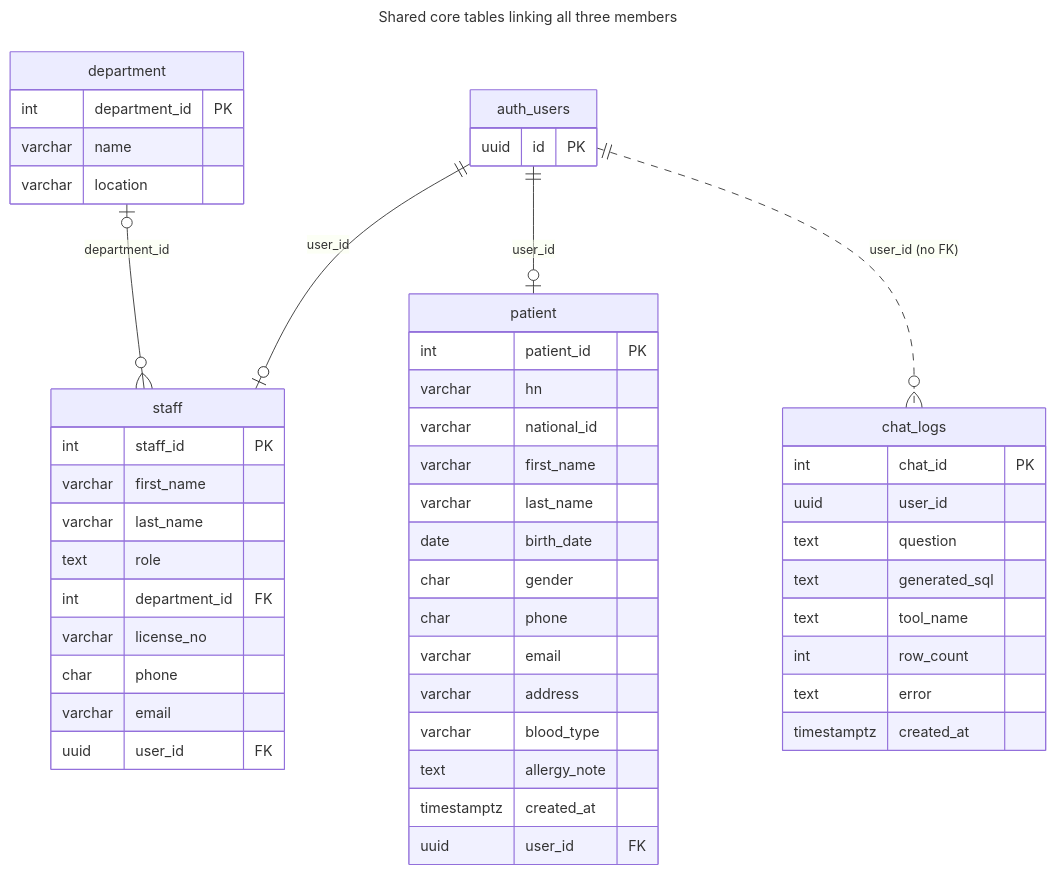
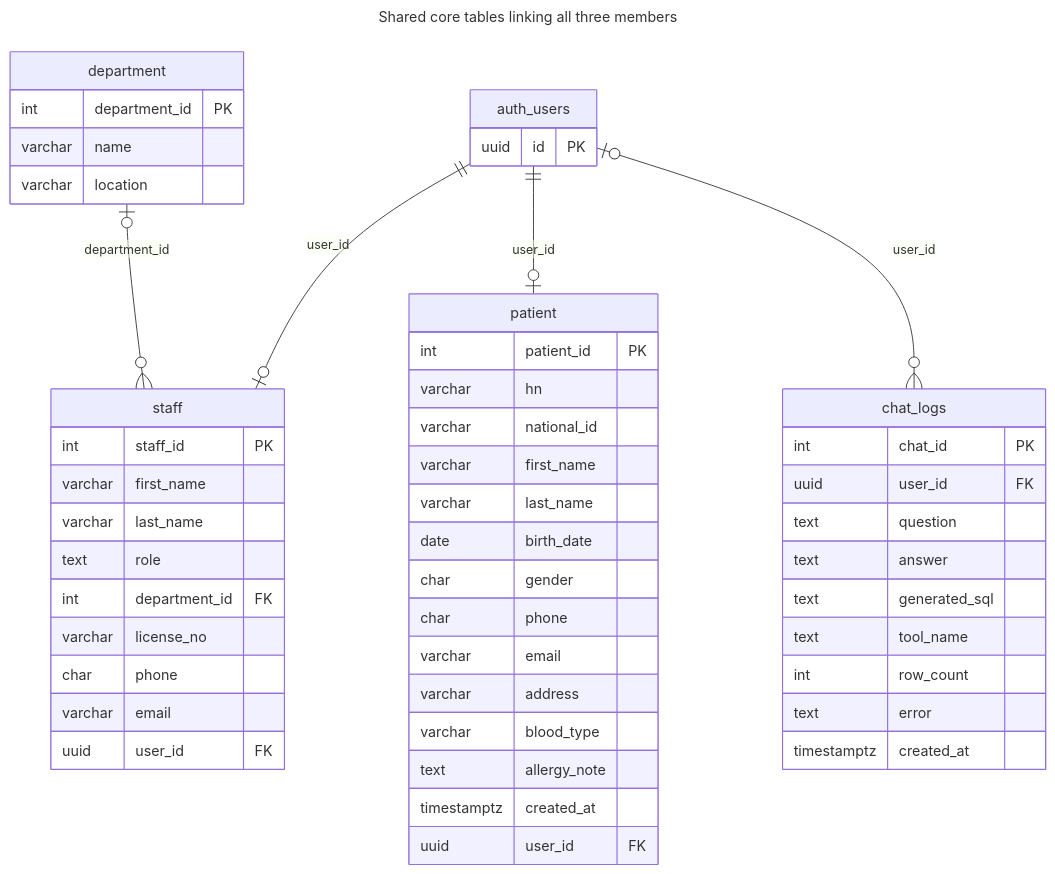
Before and after one commit to popongfm/AIE313-FinalProj_HospitalSystem: the diagram in docs/er/er_core_shared.mmd, drawn with Mermaid. The commit also changed 17 other files, not shown here.

Commit message:
feat(chat_logs): เก็บคำตอบ (answer) และ user_id เป็น FK ไป auth.users; อัปเดต ER และ checklist

```diff
--- a/docs/er/er_core_shared.mmd
+++ b/docs/er/er_core_shared.mmd
@@ -1,53 +1,54 @@
 ---
 title: Shared core tables linking all three members
 ---
 erDiagram
     department {
         int department_id PK
         varchar name
         varchar location
     }
     staff {
         int staff_id PK
         varchar first_name
         varchar last_name
         text role
         int department_id FK
         varchar license_no
         char phone
         varchar email
         uuid user_id FK
     }
     patient {
         int patient_id PK
         varchar hn
         varchar national_id
         varchar first_name
         varchar last_name
         date birth_date
         char gender
         char phone
         varchar email
         varchar address
         varchar blood_type
         text allergy_note
         timestamptz created_at
         uuid user_id FK
     }
     chat_logs {
         int chat_id PK
-        uuid user_id
+        uuid user_id FK
         text question
+        text answer
         text generated_sql
         text tool_name
         int row_count
         text error
         timestamptz created_at
     }
     auth_users {
         uuid id PK
     }
     department |o--o{ staff : "department_id"
     auth_users ||--o| staff : "user_id"
     auth_users ||--o| patient : "user_id"
-    auth_users ||..o{ chat_logs : "user_id (no FK)"
+    auth_users |o--o{ chat_logs : "user_id"
```
